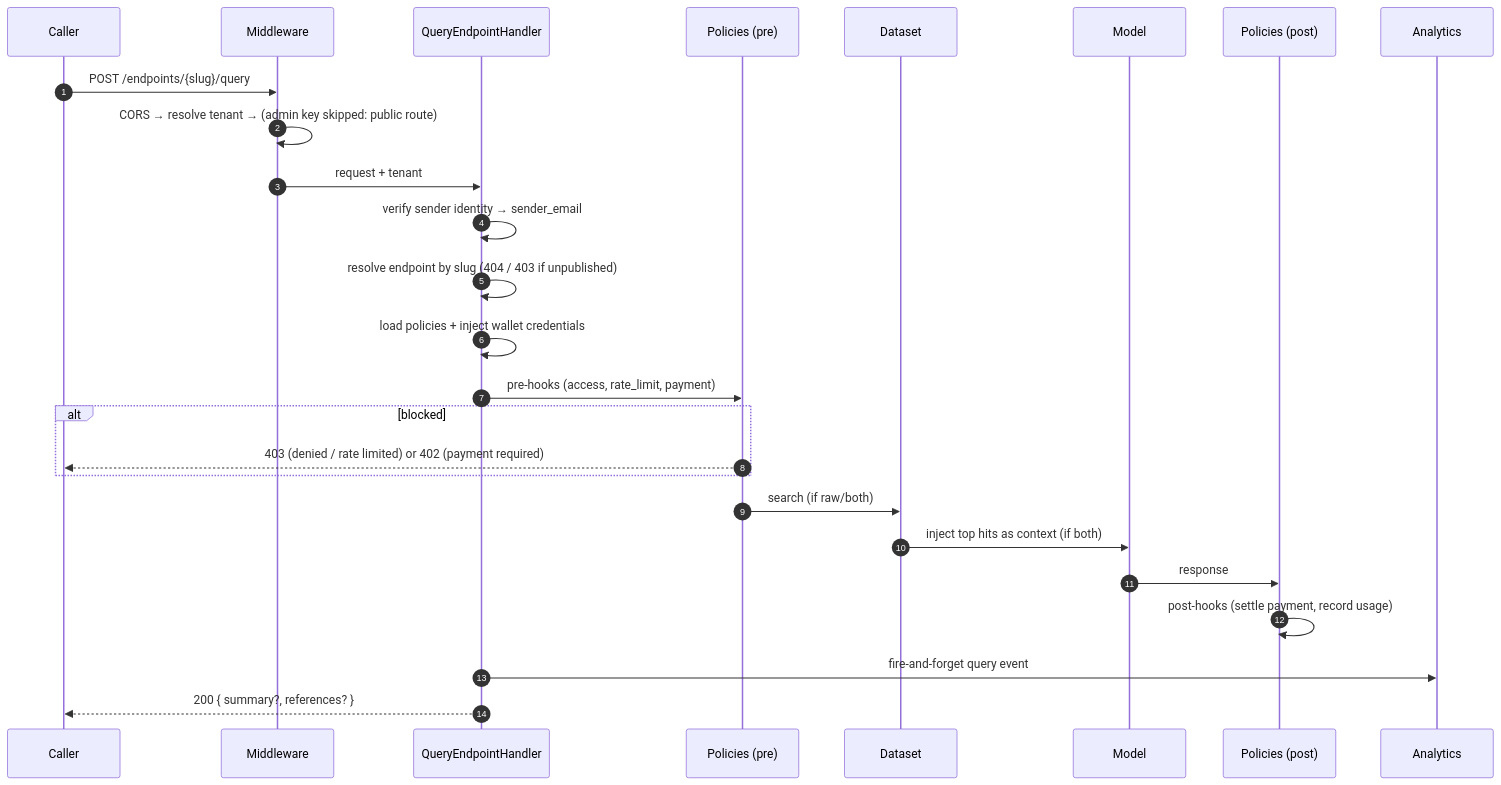
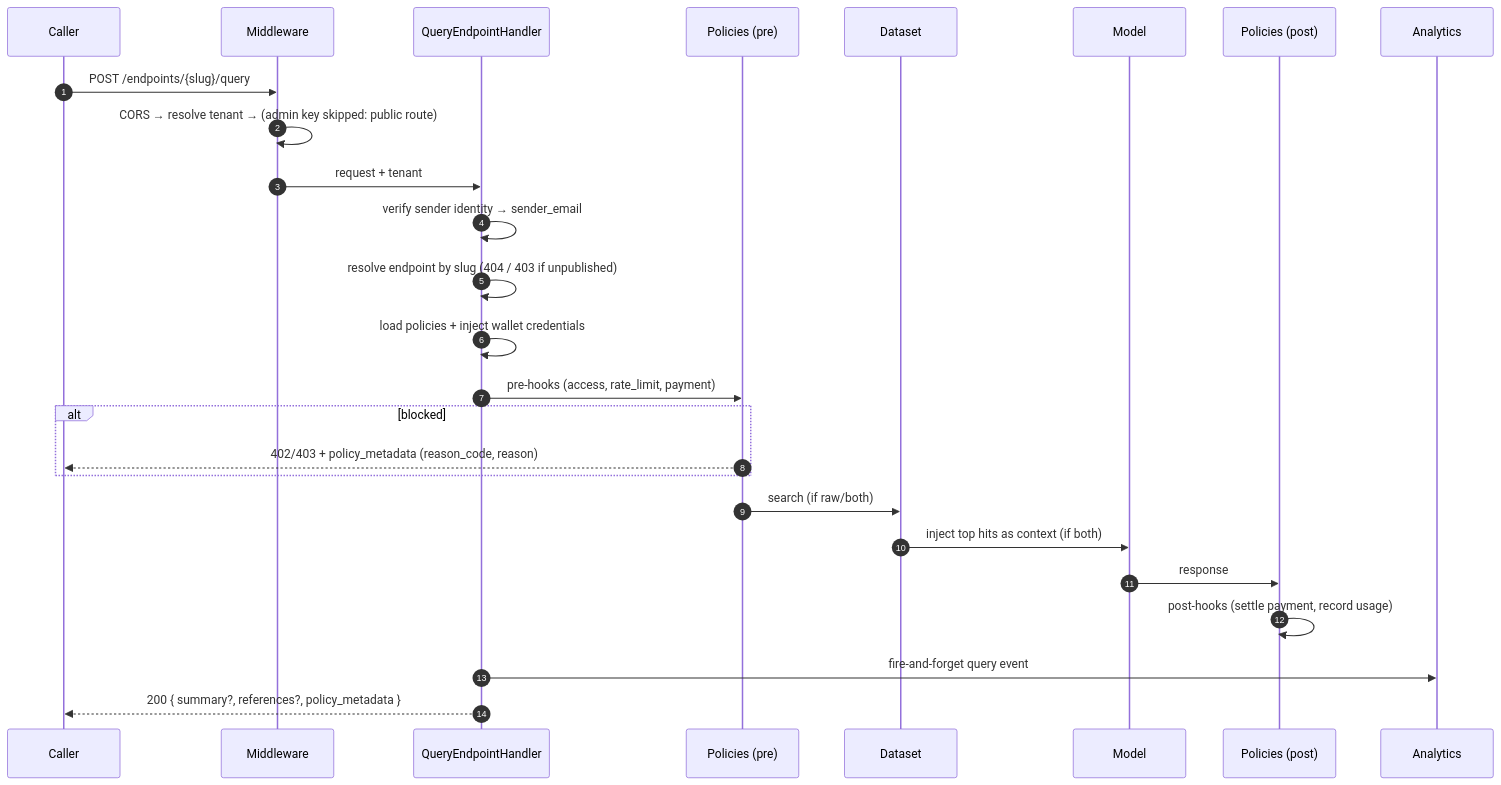
Before and after one commit to OpenMined/syft-space: the first of 2 diagrams in backend/docs/query-flow.md, drawn with Mermaid. The commit also changed other lines of this file and 18 other files, not shown here.

First line of the commit message:
feat(endpoints): policy_metadata envelope on query responses (OME-285) (#189)

````diff
--- a/backend/docs/query-flow.md
+++ b/backend/docs/query-flow.md
@@ -9,29 +9,29 @@
 ```mermaid
 sequenceDiagram
     autonumber
     participant C as Caller
     participant MW as Middleware
     participant Q as QueryEndpointHandler
     participant POL as Policies (pre)
     participant DS as Dataset
     participant MD as Model
     participant POL2 as Policies (post)
     participant AN as Analytics
 
     C->>MW: POST /endpoints/{slug}/query
     MW->>MW: CORS → resolve tenant → (admin key skipped: public route)
     MW->>Q: request + tenant
     Q->>Q: verify sender identity → sender_email
     Q->>Q: resolve endpoint by slug (404 / 403 if unpublished)
     Q->>Q: load policies + inject wallet credentials
     Q->>POL: pre-hooks (access, rate_limit, payment)
     alt blocked
-        POL-->>C: 403 (denied / rate limited) or 402 (payment required)
+        POL-->>C: 402/403 + policy_metadata (reason_code, reason)
     end
     POL->>DS: search (if raw/both)
     DS->>MD: inject top hits as context (if both)
     MD->>POL2: response
     POL2->>POL2: post-hooks (settle payment, record usage)
     Q->>AN: fire-and-forget query event
-    Q-->>C: 200 { summary?, references? }
+    Q-->>C: 200 { summary?, references?, policy_metadata }
 ```
````
